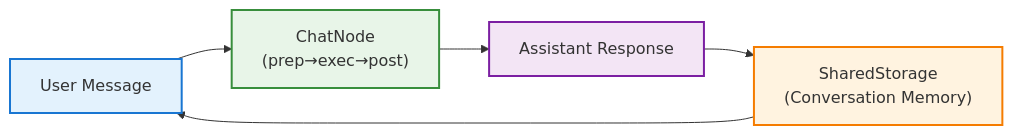
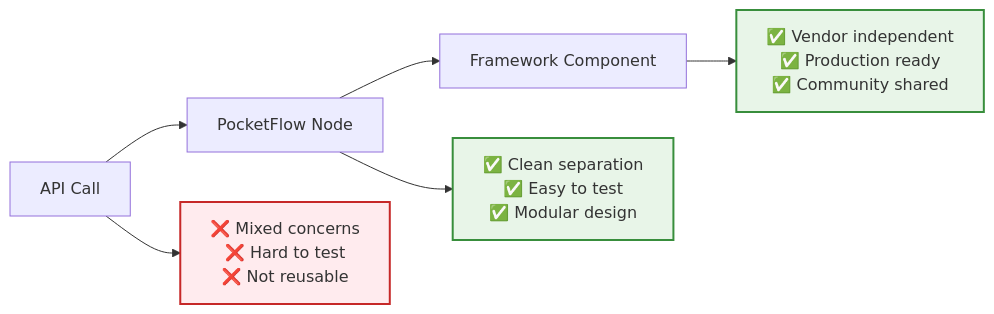
The second of 2 diagrams in examples/building-ai-from-first-principles/01-foundations/README.md (pyrotank41/Backpackflow), drawn with Mermaid before and after one commit. The commit also changed other lines of this file and 13 other files, not shown here.

First line of the commit message:
✨ Introduce foundational examples and community resources for BackpackFlow

````diff
--- a/examples/building-ai-from-first-principles/01-foundations/README.md
+++ b/examples/building-ai-from-first-principles/01-foundations/README.md
@@ -38,16 +241,14 @@
 ```mermaid
 graph LR
-    A["User Message"] --> B["ChatNode<br/>(prep→exec→post)"] --> C["Assistant Response"]
-    C --> D["SharedStorage<br/>(Conversation Memory)"]
-    D --> A
+    A["API Call"] --> B["PocketFlow Node"] --> C["Framework Component"]
+    A --> D["❌ Mixed concerns<br/>❌ Hard to test<br/>❌ Not reusable"]
+    B --> E["✅ Clean separation<br/>✅ Easy to test<br/>✅ Modular design"]
+    C --> F["✅ Vendor independent<br/>✅ Production ready<br/>✅ Community shared"]
     
-    classDef userMsg fill:#e3f2fd,stroke:#1976d2,stroke-width:2px
-    classDef node fill:#e8f5e8,stroke:#388e3c,stroke-width:2px
-    classDef storage fill:#fff3e0,stroke:#f57c00,stroke-width:2px
-    classDef aiMsg fill:#f3e5f5,stroke:#7b1fa2,stroke-width:2px
+    classDef problem fill:#ffebee,stroke:#c62828,stroke-width:2px
+    classDef solution fill:#e8f5e8,stroke:#388e3c,stroke-width:2px
+    classDef benefit fill:#e3f2fd,stroke:#1976d2,stroke-width:2px
     
-    class A userMsg
-    class B node
-    class C aiMsg
-    class D storage
+    class D problem
+    class E,F solution
 ```
````
